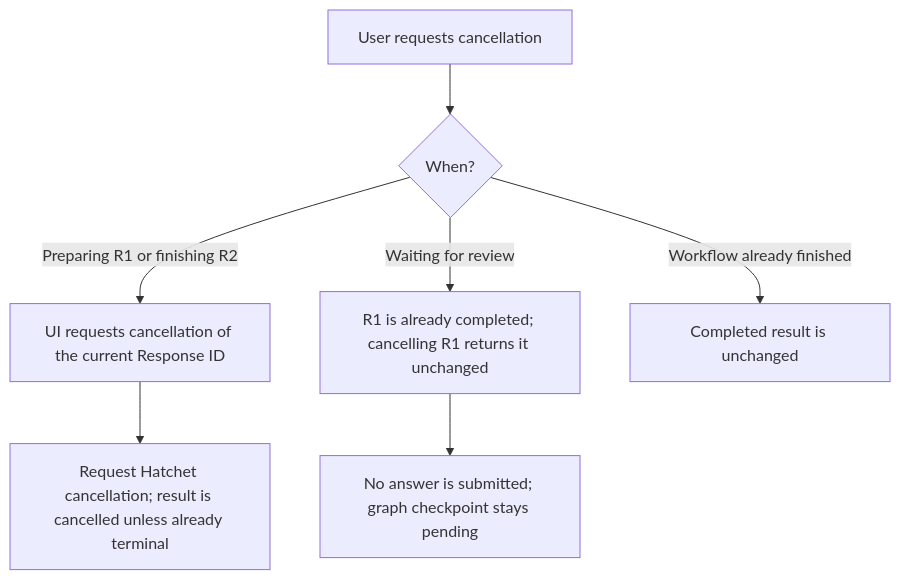
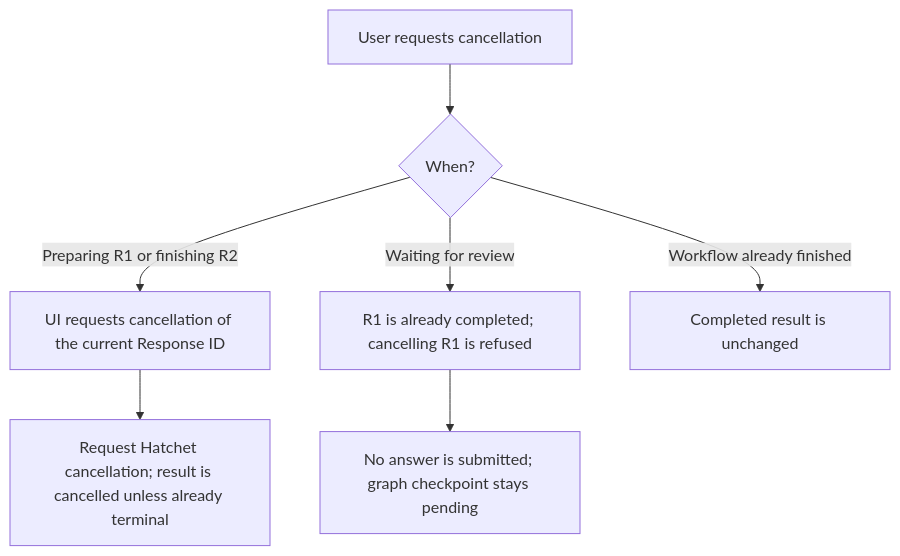
One commit to ilkersigirci/langgraph-openai-serve changed the third of 3 diagrams in docs/demo/graphs/background-interrupt.md. Above: the diagram before and after it, drawn with Mermaid. The commit also changed other lines of this file and 60 other files, not shown here.

````diff
--- a/docs/demo/graphs/background-interrupt.md
+++ b/docs/demo/graphs/background-interrupt.md
@@ -89,9 +83,9 @@
 ```mermaid
 flowchart TD
   cancel["User requests cancellation"] --> stage{"When?"}
   stage -->|"Preparing R1 or finishing R2"| active["UI requests cancellation of the current Response ID"]
   active --> stopped["Request Hatchet cancellation; result is cancelled unless already terminal"]
-  stage -->|"Waiting for review"| review["R1 is already completed; cancelling R1 returns it unchanged"]
+  stage -->|"Waiting for review"| review["R1 is already completed; cancelling R1 is refused"]
   review --> pending["No answer is submitted; graph checkpoint stays pending"]
   stage -->|"Workflow already finished"| done["Completed result is unchanged"]
 ```
````
